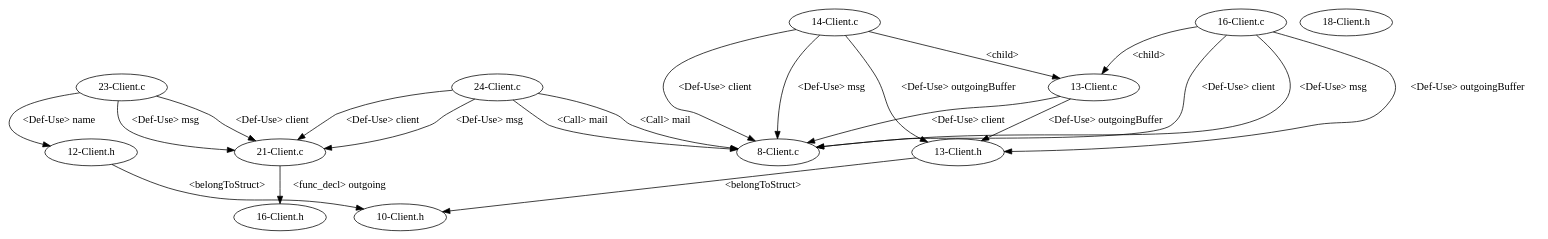
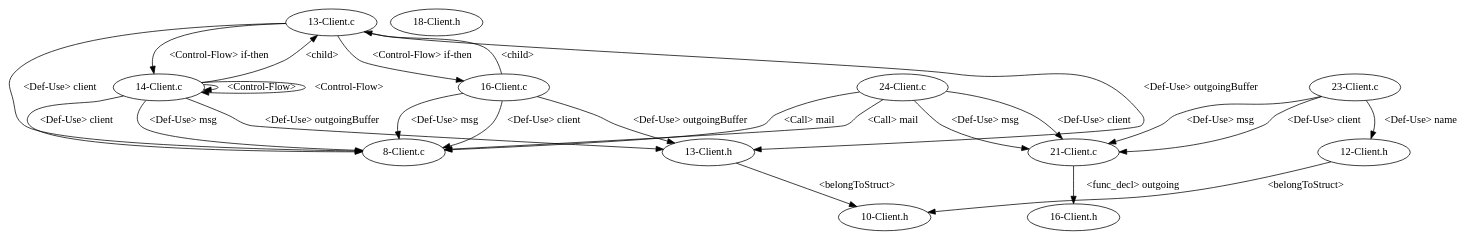
One commit to shuiblue/JDimeForCpp changed the diagram in testcpp/dependencyGraph/EmailSystem/test_11/graph.gv. Above: the diagram before and after it, drawn with Graphviz. The commit also changed 11 other files, not shown here.

Commit message:
modify return type for several function ,used for control flow analysis

```diff
--- a/testcpp/dependencyGraph/EmailSystem/test_11/graph.gv
+++ b/testcpp/dependencyGraph/EmailSystem/test_11/graph.gv
@@ -1,34 +1,38 @@
 digraph {
 1 [label = "8-Client.c"];
 2 [label = "13-Client.c"];
 2 -> 1[label="<Def-Use> client"];
 3 [label = "14-Client.c"];
 3 -> 1[label="<Def-Use> client"];
 3 -> 1[label="<Def-Use> msg"];
 3 -> 2[label="<child>"];
 4 [label = "16-Client.c"];
 4 -> 1[label="<Def-Use> client"];
 4 -> 2[label="<child>"];
 4 -> 1[label="<Def-Use> msg"];
+2 -> 3[label="<Control-Flow> if-then"];
+3 -> 3[label="<Control-Flow>"];
+3 -> 3[label="<Control-Flow>"];
+2 -> 4[label="<Control-Flow> if-then"];
 5 [label = "21-Client.c"];
 6 [label = "23-Client.c"];
 6 -> 5[label="<Def-Use> msg"];
 6 -> 5[label="<Def-Use> client"];
 7 [label = "24-Client.c"];
 7 -> 1[label="<Call> mail"];
 7 -> 5[label="<Def-Use> client"];
 7 -> 5[label="<Def-Use> msg"];
 8 [label = "10-Client.h"];
 9 [label = "12-Client.h"];
 10 [label = "13-Client.h"];
 9 -> 8[label="<belongToStruct>"];
 10 -> 8[label="<belongToStruct>"];
 11 [label = "16-Client.h"];
 12 [label = "18-Client.h"];
-6 -> 9[label="<Def-Use> name"];
 3 -> 10[label="<Def-Use> outgoingBuffer"];
-4 -> 10[label="<Def-Use> outgoingBuffer"];
 7 -> 1[label="<Call> mail"];
 2 -> 10[label="<Def-Use> outgoingBuffer"];
+4 -> 10[label="<Def-Use> outgoingBuffer"];
+6 -> 9[label="<Def-Use> name"];
 5 -> 11[label="<func_decl> outgoing"];
 }
```
